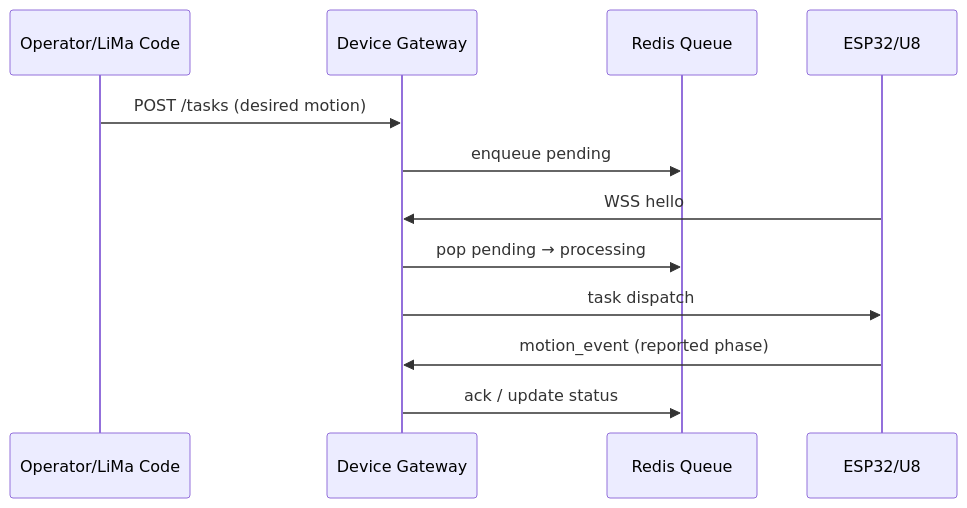
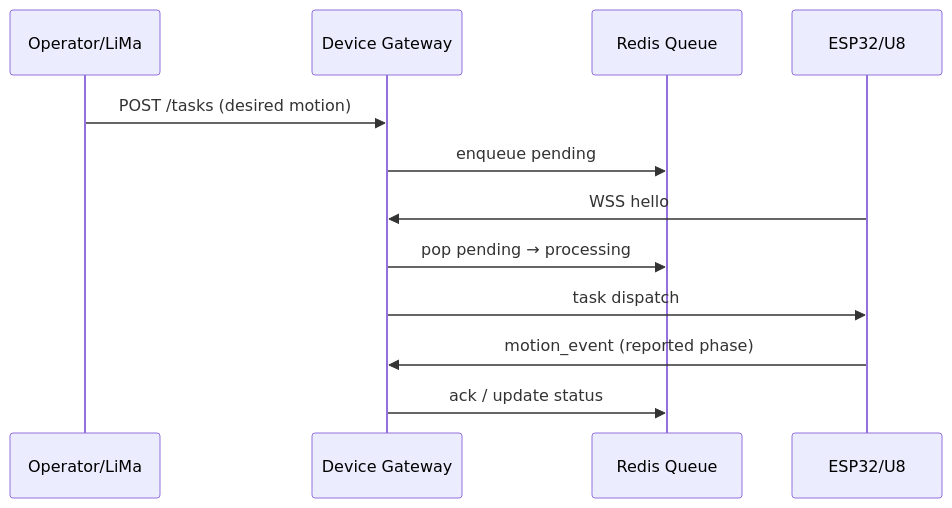
One commit to zhuguang-ZFG/QWEN3.0 changed the diagram in docs/reference/DEVICE_PLATFORM_REFERENCE.md. Above: the diagram before and after it, drawn with Mermaid. The commit also changed 97 other files, not shown here.

````diff
--- a/docs/reference/DEVICE_PLATFORM_REFERENCE.md
+++ b/docs/reference/DEVICE_PLATFORM_REFERENCE.md
@@ -50,15 +50,15 @@
 ```mermaid
 sequenceDiagram
-    participant Op as Operator/LiMa Code
+    participant Op as Operator/LiMa
     participant DG as Device Gateway
     participant Redis as Redis Queue
     participant Dev as ESP32/U8
 
     Op->>DG: POST /tasks (desired motion)
     DG->>Redis: enqueue pending
     Dev->>DG: WSS hello
     DG->>Redis: pop pending → processing
     DG->>Dev: task dispatch
     Dev->>DG: motion_event (reported phase)
     DG->>Redis: ack / update status
 ```
````
